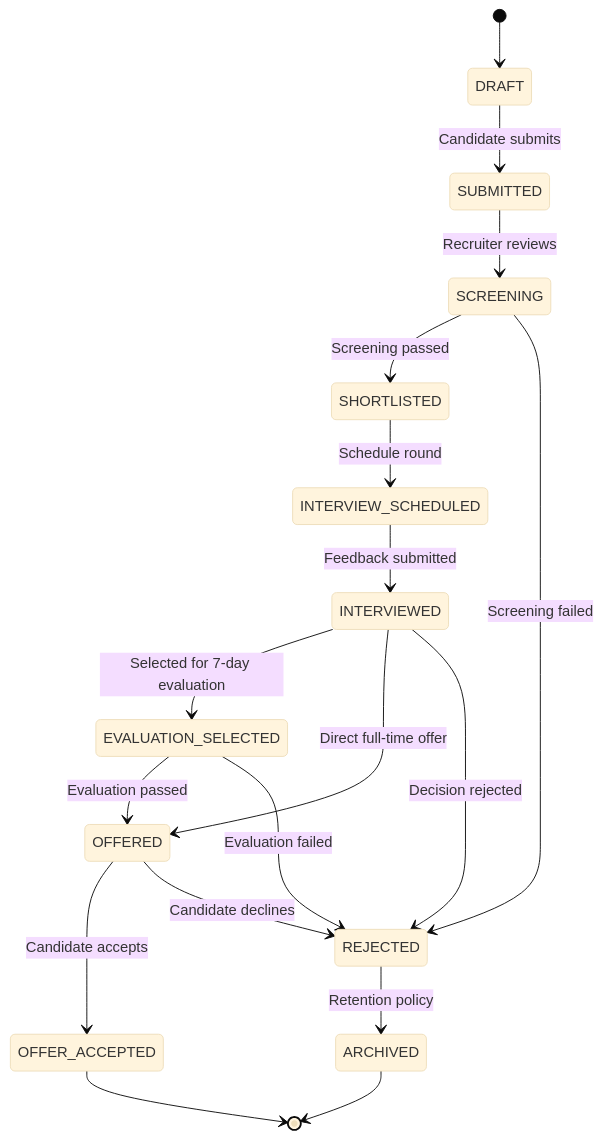
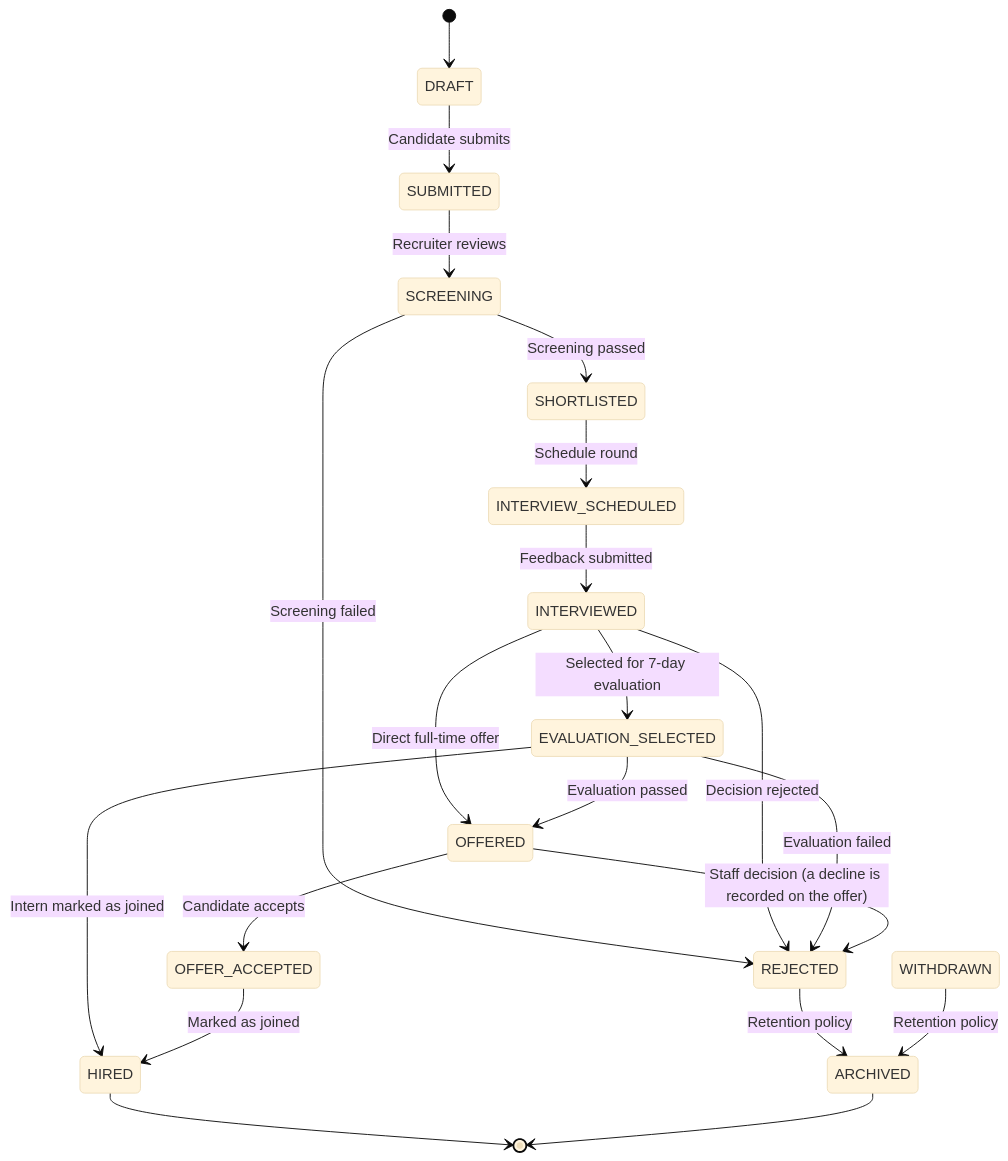
The second of 2 diagrams in docs/DATA_MODEL.md (ashwanik0777/gara-hiring-portal), drawn with Mermaid (base theme) before and after one commit. The commit also changed other lines of this file and 204 other files, not shown here.

````diff
--- a/docs/DATA_MODEL.md
+++ b/docs/DATA_MODEL.md
@@ -521,20 +521,23 @@
 ```mermaid
 stateDiagram-v2
     [*] --> DRAFT
     DRAFT --> SUBMITTED : Candidate submits
     SUBMITTED --> SCREENING : Recruiter reviews
     SCREENING --> SHORTLISTED : Screening passed
     SCREENING --> REJECTED : Screening failed
     SHORTLISTED --> INTERVIEW_SCHEDULED : Schedule round
     INTERVIEW_SCHEDULED --> INTERVIEWED : Feedback submitted
     INTERVIEWED --> EVALUATION_SELECTED : Selected for 7-day evaluation
     INTERVIEWED --> OFFERED : Direct full-time offer
     INTERVIEWED --> REJECTED : Decision rejected
     EVALUATION_SELECTED --> OFFERED : Evaluation passed
     EVALUATION_SELECTED --> REJECTED : Evaluation failed
+    EVALUATION_SELECTED --> HIRED : Intern marked as joined
     OFFERED --> OFFER_ACCEPTED : Candidate accepts
-    OFFERED --> REJECTED : Candidate declines
-    OFFER_ACCEPTED --> [*]
+    OFFERED --> REJECTED : Staff decision (a decline is recorded on the offer)
+    OFFER_ACCEPTED --> HIRED : Marked as joined
+    HIRED --> [*]
     REJECTED --> ARCHIVED : Retention policy
+    WITHDRAWN --> ARCHIVED : Retention policy
     ARCHIVED --> [*]
 ```
````
